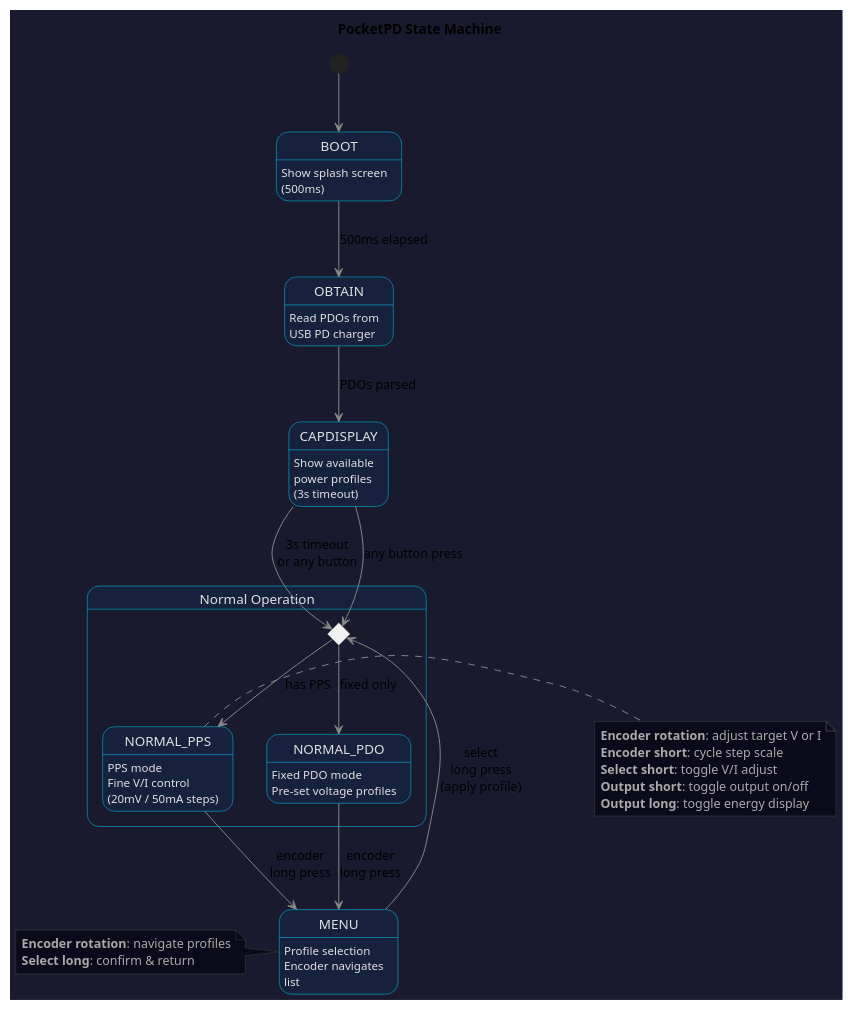
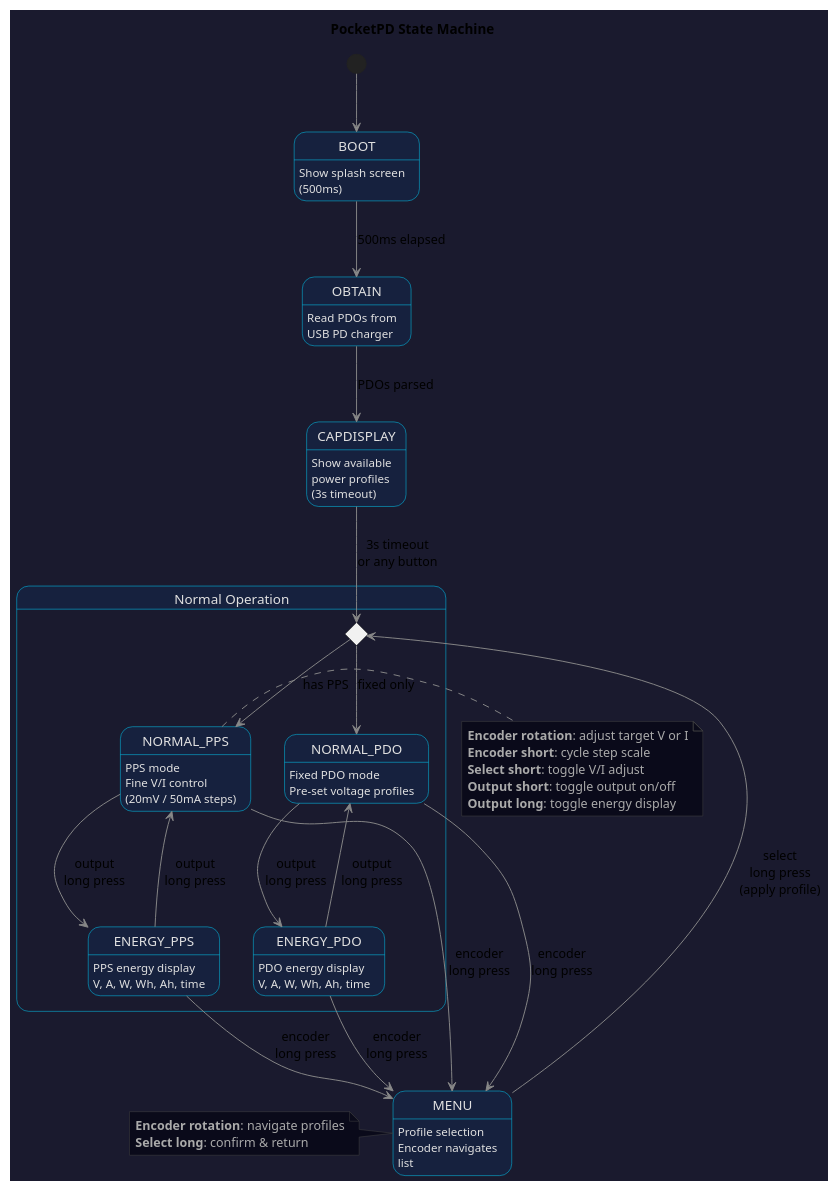
The diagram in docs/state_machine.puml (mattytrentini/micropython_pocketpd), drawn with PlantUML before and after one commit. The commit also changed 4 other files, not shown here.

First line of the commit message:
Add energy display sub-states to state machine diagrams

```diff
--- a/docs/state_machine.puml
+++ b/docs/state_machine.puml
@@ -1,61 +1,70 @@
 @startuml PocketPD State Machine
 
 skinparam backgroundColor #1a1a2e
 skinparam state {
     BackgroundColor #16213e
     BorderColor #00d4ff
     FontColor #e0e0e0
     ArrowColor #888888
 }
 skinparam note {
     BackgroundColor #0a0a1a
     BorderColor #444444
     FontColor #aaaaaa
 }
 
 title PocketPD State Machine
 
 state BOOT : Show splash screen\n(500ms)
 state OBTAIN : Read PDOs from\nUSB PD charger
 state CAPDISPLAY : Show available\npower profiles\n(3s timeout)
 
 state "Normal Operation" as normal {
     state NORMAL_PPS : PPS mode\nFine V/I control\n(20mV / 50mA steps)
     state NORMAL_PDO : Fixed PDO mode\nPre-set voltage profiles
 
+    state ENERGY_PPS : PPS energy display\nV, A, W, Wh, Ah, time
+    state ENERGY_PDO : PDO energy display\nV, A, W, Wh, Ah, time
+
     state choice <<choice>>
     choice --> NORMAL_PPS : has PPS
     choice --> NORMAL_PDO : fixed only
+
+    NORMAL_PPS --> ENERGY_PPS : output\nlong press
+    ENERGY_PPS --> NORMAL_PPS : output\nlong press
+
+    NORMAL_PDO --> ENERGY_PDO : output\nlong press
+    ENERGY_PDO --> NORMAL_PDO : output\nlong press
 }
 
 state MENU : Profile selection\nEncoder navigates\nlist
 
 [*] --> BOOT
 
 BOOT --> OBTAIN : 500ms elapsed
 
 OBTAIN --> CAPDISPLAY : PDOs parsed
 
 CAPDISPLAY --> choice : 3s timeout\nor any button
 
-CAPDISPLAY --> choice : any button press
-
 NORMAL_PPS --> MENU : encoder\nlong press
 NORMAL_PDO --> MENU : encoder\nlong press
+ENERGY_PPS --> MENU : encoder\nlong press
+ENERGY_PDO --> MENU : encoder\nlong press
 
 MENU --> choice : select\nlong press\n(apply profile)
 
 note right of NORMAL_PPS
   **Encoder rotation**: adjust target V or I
   **Encoder short**: cycle step scale
   **Select short**: toggle V/I adjust
   **Output short**: toggle output on/off
   **Output long**: toggle energy display
 end note
 
 note left of MENU
   **Encoder rotation**: navigate profiles
   **Select long**: confirm & return
 end note
 
 @enduml
```
